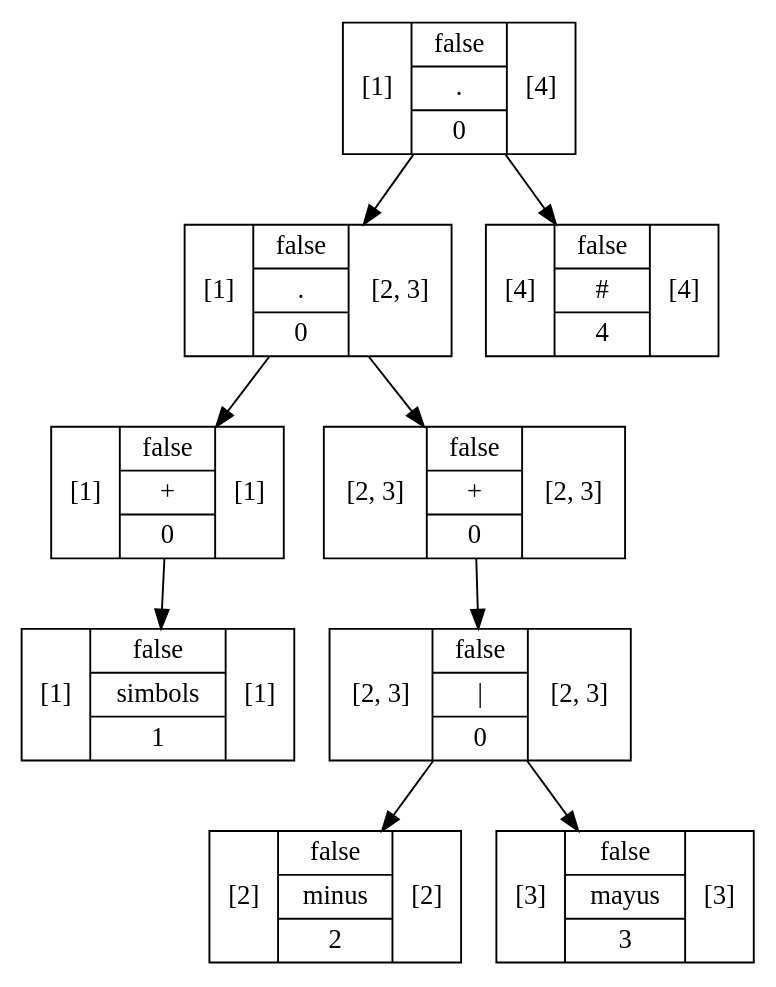
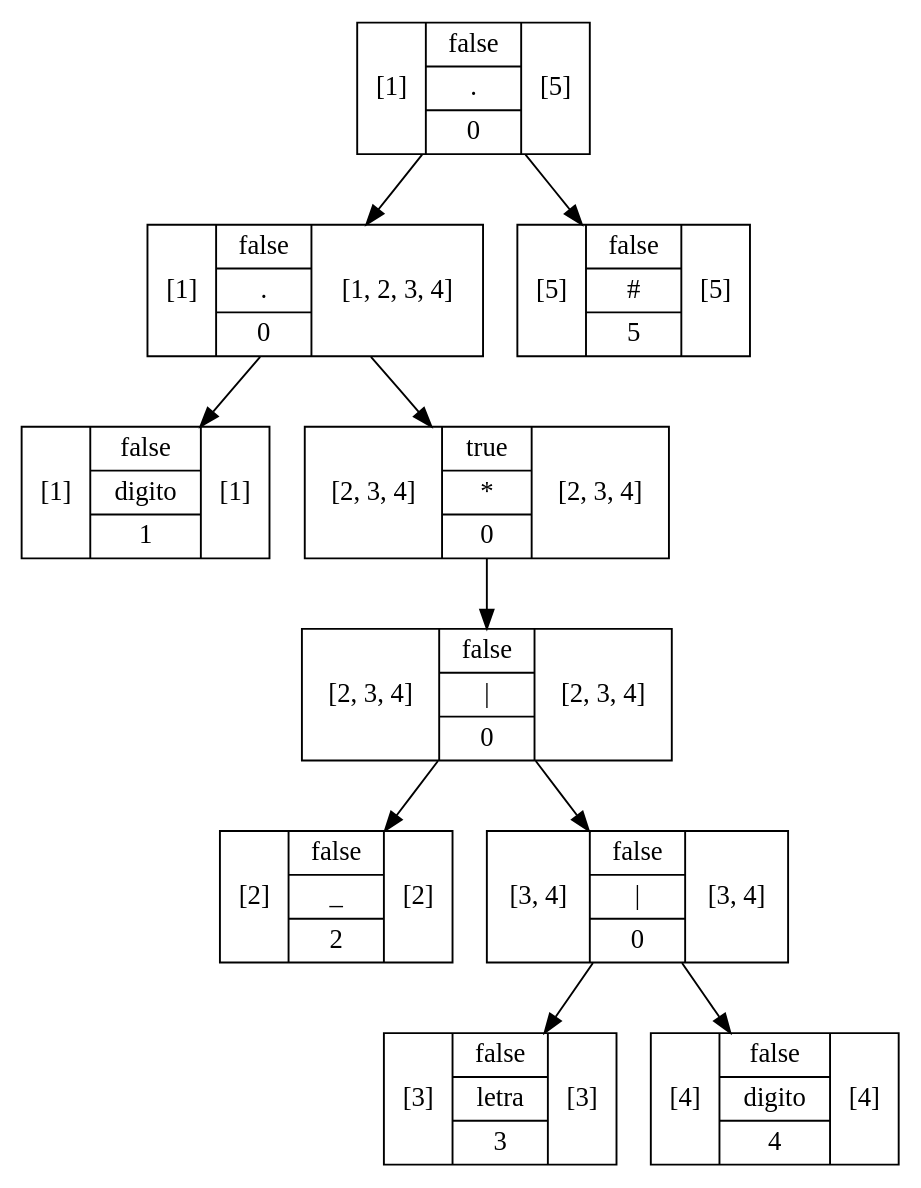
The diagram in out/production/Proyecto1/Graphviz/Arbol2.dot (RojasCJP/Proyecto1_Compi1), drawn with Graphviz before and after one commit. The commit also changed 276 other files, not shown here.

```diff
--- a/out/production/Proyecto1/Graphviz/Arbol2.dot
+++ b/out/production/Proyecto1/Graphviz/Arbol2.dot
@@ -1,19 +1,21 @@
 digraph structs {
-    node [shape=record];ArbolNodoMetodoec01df0[label="[1]|{false|{simbols}|1}|[1]"];
-ArbolNodoMetodo24351efd[label="[1]|{false|{+}|0}|[1]"];
-ArbolNodoMetodo24351efd -> ArbolNodoMetodoec01df0;
-ArbolNodoMetodo3fee9e59[label="[2]|{false|{minus}|2}|[2]"];
-ArbolNodoMetodo7221d51e[label="[3]|{false|{mayus}|3}|[3]"];
-ArbolNodoMetodo7c806937[label="[2, 3]|{false|{\|}|0}|[2, 3]"];
-ArbolNodoMetodo7c806937 -> ArbolNodoMetodo3fee9e59;
-ArbolNodoMetodo7c806937 -> ArbolNodoMetodo7221d51e;
-ArbolNodoMetodo704e42ac[label="[2, 3]|{false|{+}|0}|[2, 3]"];
-ArbolNodoMetodo704e42ac -> ArbolNodoMetodo7c806937;
-ArbolNodoMetodo3b9916aa[label="[1]|{false|{.}|0}|[2, 3]"];
-ArbolNodoMetodo3b9916aa -> ArbolNodoMetodo24351efd;
-ArbolNodoMetodo3b9916aa -> ArbolNodoMetodo704e42ac;
-ArbolNodoMetodo476cbde2[label="[4]|{false|{#}|4}|[4]"];
-ArbolNodoMetodo385aade9[label="[1]|{false|{.}|0}|[4]"];
-ArbolNodoMetodo385aade9 -> ArbolNodoMetodo3b9916aa;
-ArbolNodoMetodo385aade9 -> ArbolNodoMetodo476cbde2;
+    node [shape=record];ArbolNodoMetodo2095c278[label="[1]|{false|{digito}|1}|[1]"];
+ArbolNodoMetodo220adab7[label="[2]|{false|{_}|2}|[2]"];
+ArbolNodoMetodo66987291[label="[3]|{false|{letra}|3}|[3]"];
+ArbolNodoMetodo280e7351[label="[4]|{false|{digito}|4}|[4]"];
+ArbolNodoMetodo2686e22a[label="[3, 4]|{false|{\|}|0}|[3, 4]"];
+ArbolNodoMetodo2686e22a -> ArbolNodoMetodo66987291;
+ArbolNodoMetodo2686e22a -> ArbolNodoMetodo280e7351;
+ArbolNodoMetodo522d4b2f[label="[2, 3, 4]|{false|{\|}|0}|[2, 3, 4]"];
+ArbolNodoMetodo522d4b2f -> ArbolNodoMetodo220adab7;
+ArbolNodoMetodo522d4b2f -> ArbolNodoMetodo2686e22a;
+ArbolNodoMetodo7704a701[label="[2, 3, 4]|{true|{*}|0}|[2, 3, 4]"];
+ArbolNodoMetodo7704a701 -> ArbolNodoMetodo522d4b2f;
+ArbolNodoMetodo2c4bd64b[label="[1]|{false|{.}|0}|[1, 2, 3, 4]"];
+ArbolNodoMetodo2c4bd64b -> ArbolNodoMetodo2095c278;
+ArbolNodoMetodo2c4bd64b -> ArbolNodoMetodo7704a701;
+ArbolNodoMetodo3d4df65a[label="[5]|{false|{#}|5}|[5]"];
+ArbolNodoMetodo581a6ef[label="[1]|{false|{.}|0}|[5]"];
+ArbolNodoMetodo581a6ef -> ArbolNodoMetodo2c4bd64b;
+ArbolNodoMetodo581a6ef -> ArbolNodoMetodo3d4df65a;
 }
```
